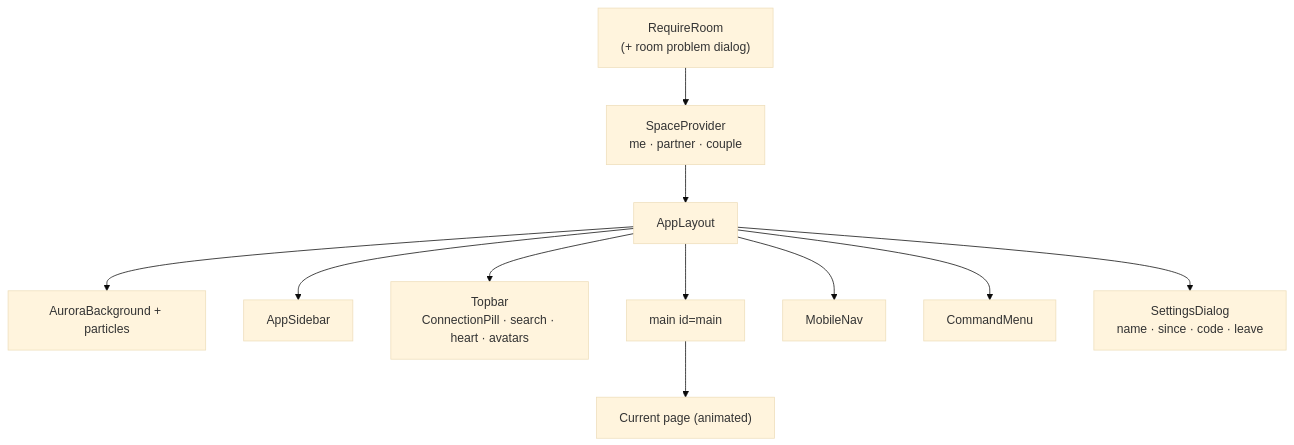
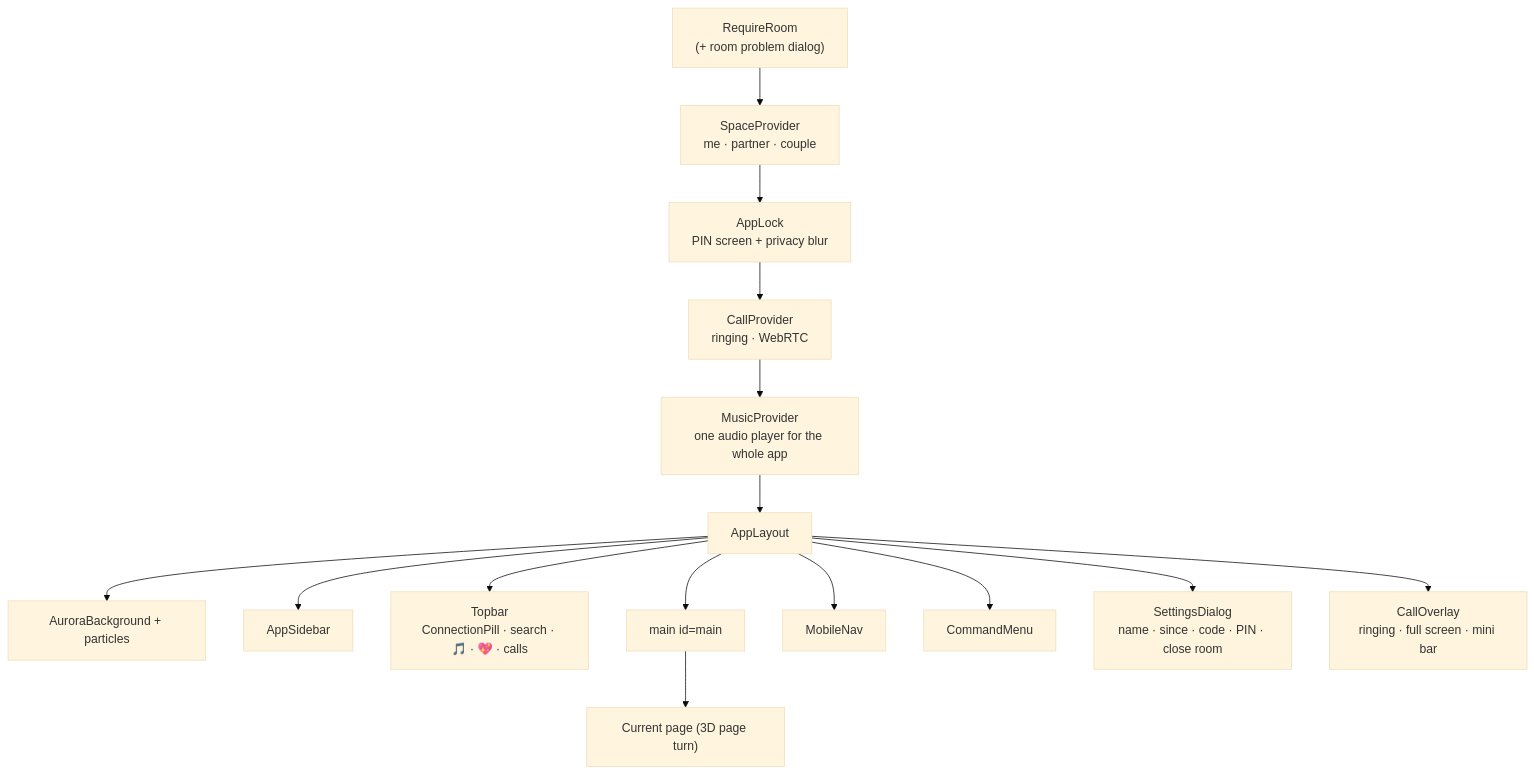
Before and after one commit to silent-coder-dev/private-space: the tenth of 27 diagrams in front-end/doc/04-flowcharts.md, drawn with Mermaid (base theme). The commit also changed other lines of this file and 144 other files, not shown here.

````diff
--- a/front-end/doc/04-flowcharts.md
+++ b/front-end/doc/04-flowcharts.md
@@ -220,13 +216,17 @@
 ```mermaid
 flowchart TD
     RR["RequireRoom<br/>(+ room problem dialog)"] --> SP["SpaceProvider<br/>me · partner · couple"]
-    SP --> AL["AppLayout"]
+    SP --> LK["AppLock<br/>PIN screen + privacy blur"]
+    LK --> CP["CallProvider<br/>ringing · WebRTC"]
+    CP --> MP["MusicProvider<br/>one audio player for the whole app"]
+    MP --> AL["AppLayout"]
     AL --> AB["AuroraBackground + particles"]
     AL --> AS["AppSidebar"]
-    AL --> TB["Topbar<br/>ConnectionPill · search · heart · avatars"]
+    AL --> TB["Topbar<br/>ConnectionPill · search · 🎵 · 💖 · calls"]
     AL --> MAIN["main id=main"]
-    MAIN --> PAGE["Current page (animated)"]
+    MAIN --> PAGE["Current page (3D page turn)"]
     AL --> MN["MobileNav"]
     AL --> CM["CommandMenu"]
-    AL --> SD["SettingsDialog<br/>name · since · code · leave"]
+    AL --> SD["SettingsDialog<br/>name · since · code · PIN · close room"]
+    AL --> CO["CallOverlay<br/>ringing · full screen · mini bar"]
 ```
````
